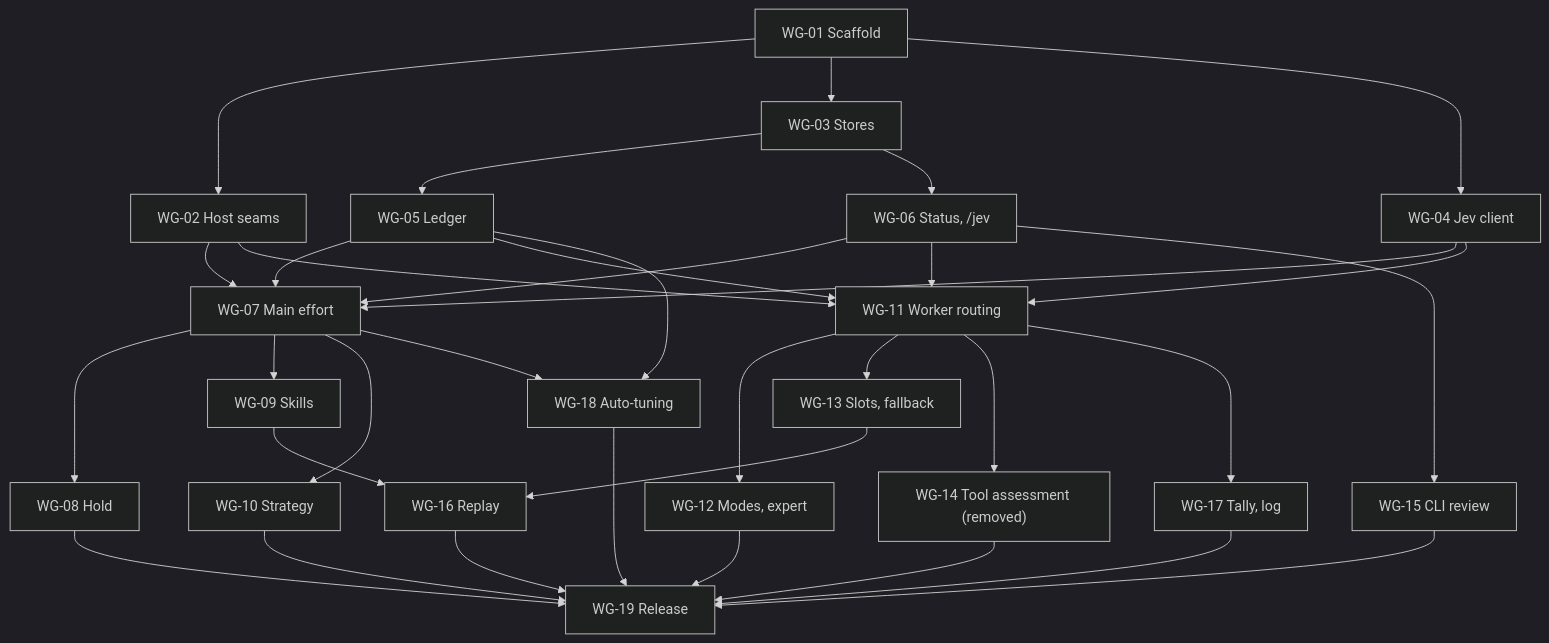
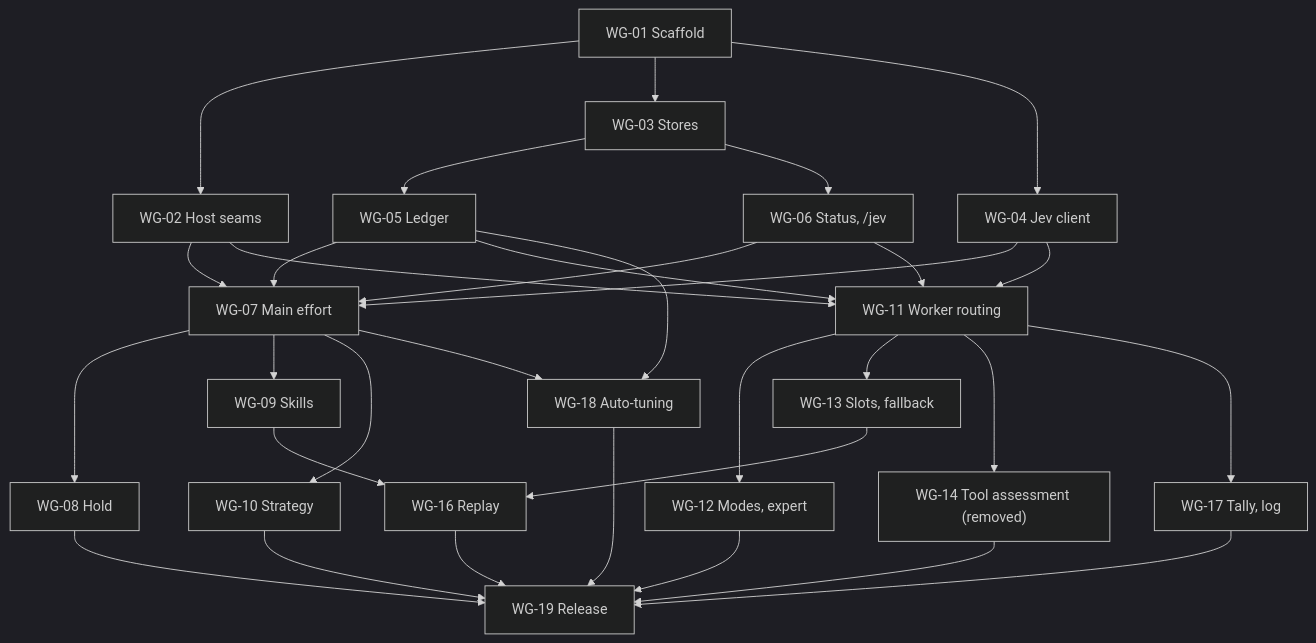
The diagram in docs/roadmap.md (ttdua/pi-jev-pilot), drawn with Mermaid (dark theme) before and after one commit. The commit also changed other lines of this file and 105 other files, not shown here.

First line of the commit message:
feat(cli-review)!: remove-cli-review (#101)

````diff
--- a/docs/roadmap.md
+++ b/docs/roadmap.md
@@ -31,40 +31,38 @@
 ```mermaid
 flowchart TD
     W1["WG-01 Scaffold"] --> W2["WG-02 Host seams"]
     W1 --> W3["WG-03 Stores"]
     W1 --> W4["WG-04 Jev client"]
     W3 --> W5["WG-05 Ledger"]
     W3 --> W6["WG-06 Status, /jev"]
 
     W2 --> W7["WG-07 Main effort"]
     W4 --> W7
     W5 --> W7
     W6 --> W7
     W7 --> W8["WG-08 Hold"]
     W7 --> W9["WG-09 Skills"]
     W7 --> W10["WG-10 Strategy"]
 
     W2 --> W11["WG-11 Worker routing"]
     W4 --> W11
     W5 --> W11
     W6 --> W11
     W11 --> W12["WG-12 Modes, expert"]
     W11 --> W13["WG-13 Slots, fallback"]
     W11 --> W14["WG-14 Tool assessment (removed)"]
     W11 --> W17["WG-17 Tally, log"]
-    W6 --> W15["WG-15 CLI review"]
 
     W9 --> W16["WG-16 Replay"]
     W13 --> W16
     W5 --> W18["WG-18 Auto-tuning"]
     W7 --> W18
 
     W8 --> W19["WG-19 Release"]
     W10 --> W19
     W12 --> W19
     W14 --> W19
-    W15 --> W19
     W16 --> W19
     W17 --> W19
     W18 --> W19
 ```
````
